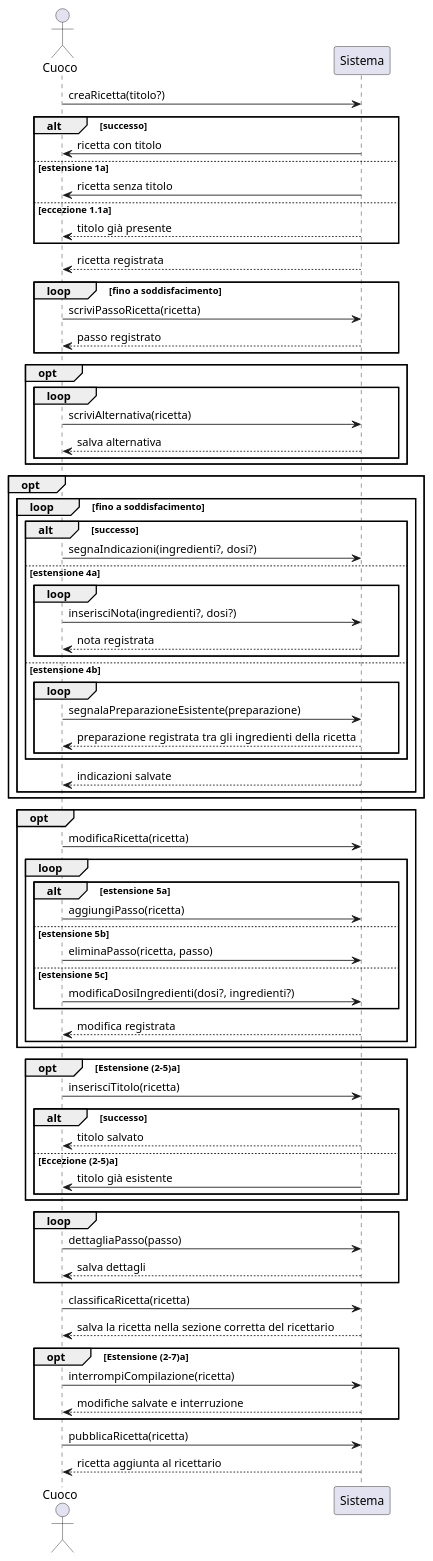
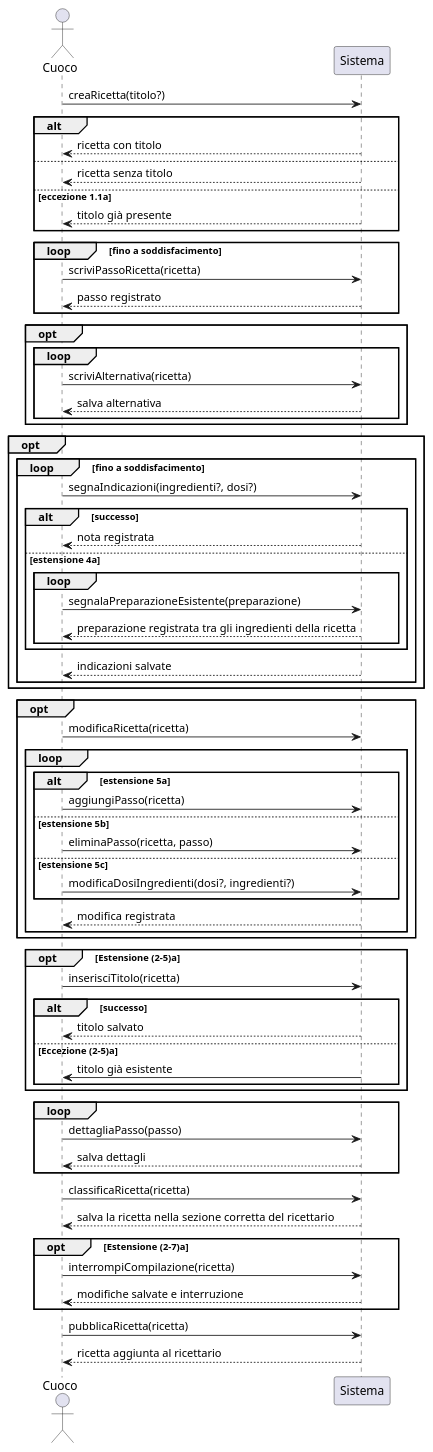
Before and after one commit to m0canu1/sas: the diagram in ssd/ssd-ricette.md, drawn with PlantUML. The commit also changed 1 other file, not shown here.

Commit message:
SSD aggiornati

```diff
--- a/ssd/ssd-ricette.md
+++ b/ssd/ssd-ricette.md
@@ -5,15 +5,13 @@
 participant Sistema
 
 Cuoco -> Sistema : creaRicetta(titolo?)
-alt successo
-	Sistema -> Cuoco : ricetta con titolo	
-else estensione 1a
-	Sistema -> Cuoco : ricetta senza titolo
+alt 
+	Sistema --> Cuoco : ricetta con titolo	
+else 
+	Sistema --> Cuoco : ricetta senza titolo
 else eccezione 1.1a
 	Sistema --> Cuoco : titolo già presente
 end
-Sistema --> Cuoco : ricetta registrata
-
 
 loop fino a soddisfacimento 
 	Cuoco -> Sistema : scriviPassoRicetta(ricetta)
@@ -30,14 +28,11 @@
 
 opt
 	loop fino a soddisfacimento
+		
+		Cuoco -> Sistema : segnaIndicazioni(ingredienti?, dosi?)
 		alt successo
-			Cuoco -> Sistema : segnaIndicazioni(ingredienti?, dosi?)
+			Sistema --> Cuoco : nota registrata
 		else estensione 4a
-			loop
-				Cuoco -> Sistema : inserisciNota(ingredienti?, dosi?)
-				Sistema --> Cuoco : nota registrata
-			end
-		else estensione 4b
 			loop
 				Cuoco -> Sistema : segnalaPreparazioneEsistente(preparazione)
 				Sistema --> Cuoco : preparazione registrata tra gli ingredienti della ricetta
```
